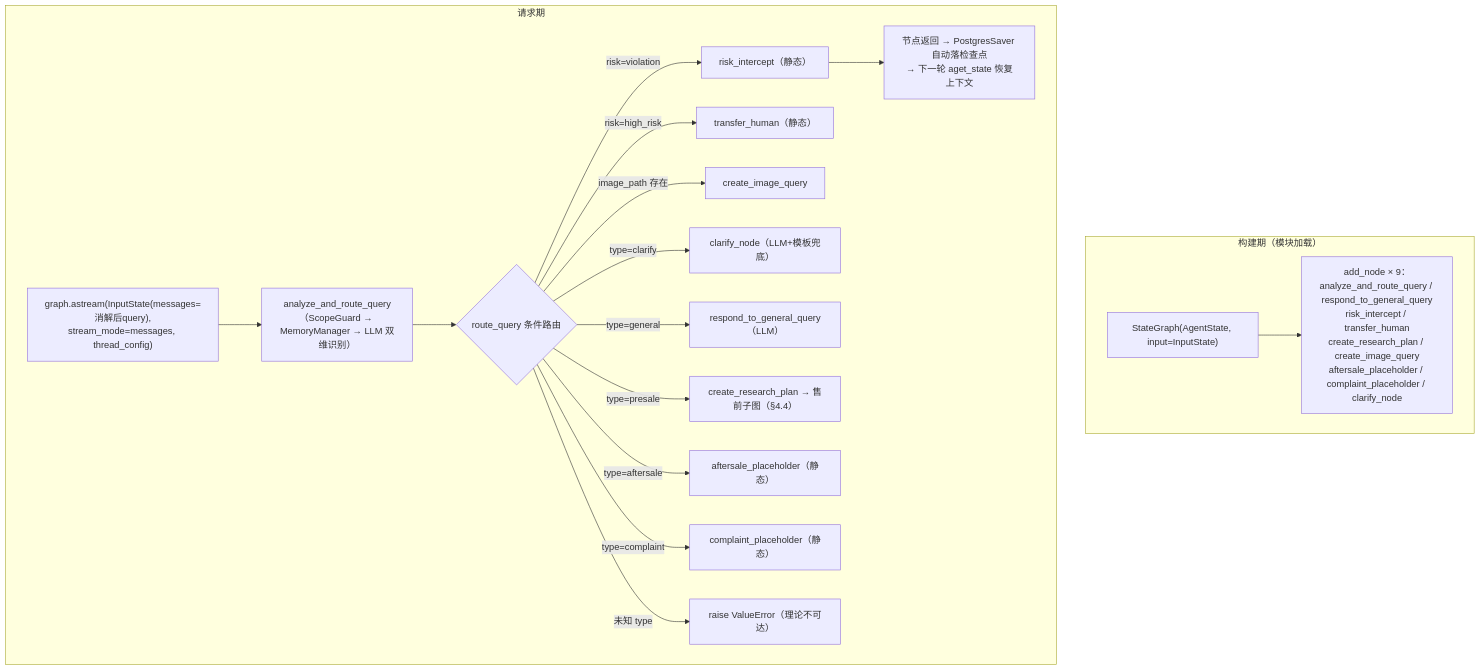
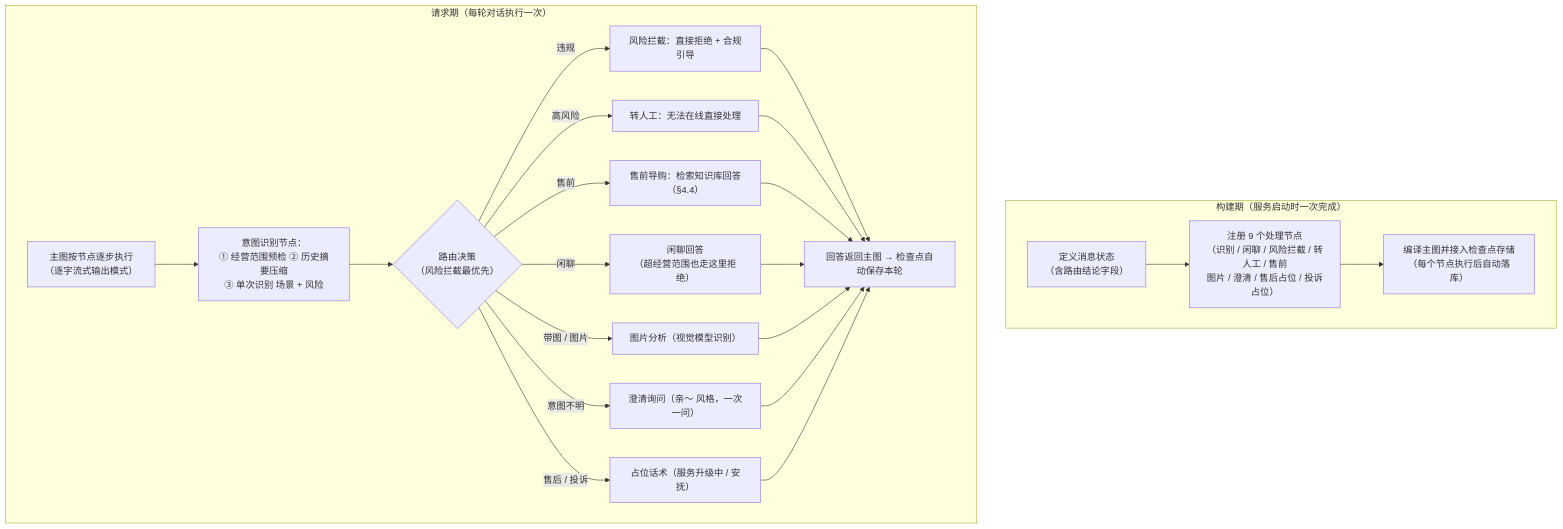
One commit to blowt16/SmartCS-Agent changed the eighth of 35 diagrams in docs/PROJECT_ANALYSIS.md. Above: the diagram before and after it, drawn with Mermaid. The commit also changed other lines of this file, not shown here.

Commit message:
[docs] PROJECT_ANALYSIS §4 流程图优化：全图节点加中文注释、主干化精简流程（22 张图重排 + 补 TimeoutGuard 运行图），保留关键代码实体括注，提升可读性

````diff
--- a/docs/PROJECT_ANALYSIS.md
+++ b/docs/PROJECT_ANALYSIS.md
@@ -430,23 +388,27 @@
 ```mermaid
 flowchart TB
-    subgraph Compile["构建期（模块加载）"]
-        B1["StateGraph(AgentState, input=InputState)"]
-        B2["add_node × 9：<br/>analyze_and_route_query / respond_to_general_query<br/>risk_intercept / transfer_human<br/>create_research_plan / create_image_query<br/>aftersale_placeholder / complaint_placeholder / clarify_node"]
-        B1 --> B2
+    subgraph Compile["构建期（服务启动时一次完成）"]
+        C1["定义消息状态<br/>（含路由结论字段）"]
+        C2["注册 9 个处理节点<br/>（识别 / 闲聊 / 风险拦截 / 转人工 / 售前<br/>图片 / 澄清 / 售后占位 / 投诉占位）"]
+        C3["编译主图并接入检查点存储<br/>（每个节点执行后自动落库）"]
+        C1 --> C2 --> C3
     end
-    subgraph Serve["请求期"]
-        E["graph.astream(InputState(messages=消解后query),<br/>stream_mode=messages, thread_config)"]
-        E --> A["analyze_and_route_query<br/>（ScopeGuard → MemoryManager → LLM 双维识别）"]
-        A --> R{"route_query 条件路由"}
-        R -->|"risk=violation"| N1["risk_intercept（静态）"]
-        R -->|"risk=high_risk"| N2["transfer_human（静态）"]
-        R -->|"image_path 存在"| N3["create_image_query"]
-        R -->|"type=clarify"| N4["clarify_node（LLM+模板兜底）"]
-        R -->|"type=general"| N5["respond_to_general_query（LLM）"]
-        R -->|"type=presale"| N6["create_research_plan → 售前子图（§4.4）"]
-        R -->|"type=aftersale"| N7["aftersale_placeholder（静态）"]
-        R -->|"type=complaint"| N8["complaint_placeholder（静态）"]
-        R -->|"未知 type"| N9["raise ValueError（理论不可达）"]
-        N1 --> CKPT["节点返回 → PostgresSaver 自动落检查点<br/>→ 下一轮 aget_state 恢复上下文"]
+    subgraph Serve["请求期（每轮对话执行一次）"]
+        E["主图按节点逐步执行<br/>（逐字流式输出模式）"] --> A["意图识别节点：<br/>① 经营范围预检 ② 历史摘要压缩<br/>③ 单次识别 场景 + 风险"]
+        A --> R{"路由决策<br/>（风险拦截最优先）"}
+        R -->|"违规"| N1["风险拦截：直接拒绝 + 合规引导"]
+        R -->|"高风险"| N2["转人工：无法在线直接处理"]
+        R -->|"售前"| N3["售前导购：检索知识库回答（§4.4）"]
+        R -->|"闲聊"| N4["闲聊回答<br/>（超经营范围也走这里拒绝）"]
+        R -->|"带图 / 图片"| N5["图片分析（视觉模型识别）"]
+        R -->|"意图不明"| N6["澄清询问（亲～ 风格，一次一问）"]
+        R -->|"售后 / 投诉"| N7["占位话术（服务升级中 / 安抚）"]
+        N1 --> CKPT["回答返回主图 → 检查点自动保存本轮"]
+        N2 --> CKPT
+        N3 --> CKPT
+        N4 --> CKPT
+        N5 --> CKPT
+        N6 --> CKPT
+        N7 --> CKPT
     end
 ```
````
